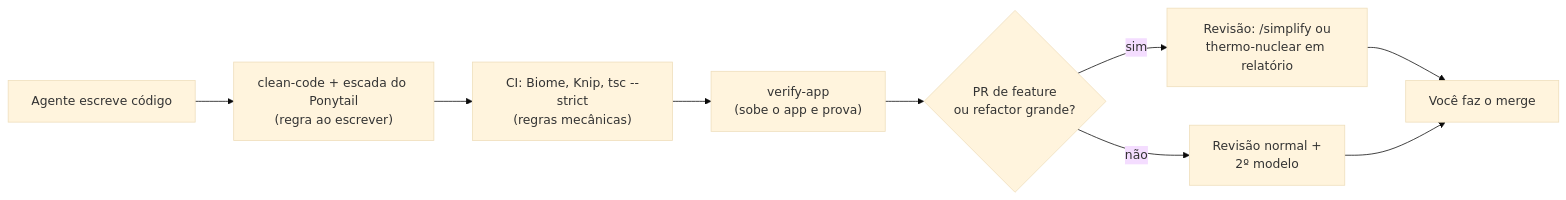
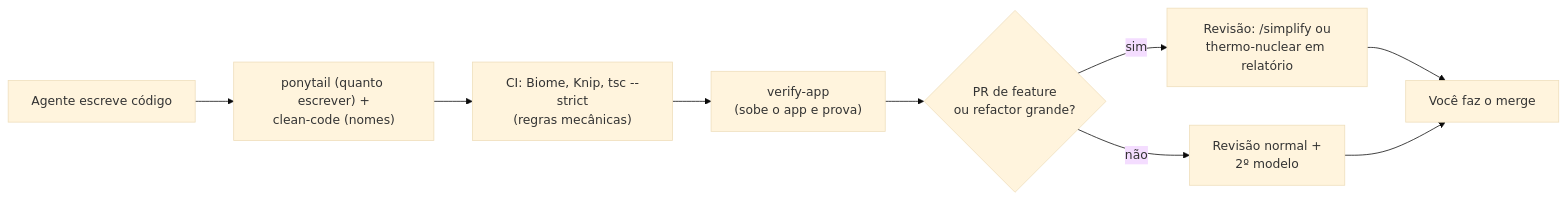
Before and after one commit to itsmurilodev/tool-vault: the first of 2 diagrams in radar/verificacao-e-qualidade/categoria-verificacao-e-qualidade.md, drawn with Mermaid (base theme). The commit also changed other lines of this file and 135 other files, not shown here.

First line of the commit message:
adiciona ponytail e 48 skills do pstack, foca clean-code em nomenclatura

````diff
--- a/radar/verificacao-e-qualidade/categoria-verificacao-e-qualidade.md
+++ b/radar/verificacao-e-qualidade/categoria-verificacao-e-qualidade.md
@@ -26,11 +26,11 @@
 ```mermaid
 flowchart LR
-    A["Agente escreve código"] --> B["clean-code + escada do Ponytail<br/>(regra ao escrever)"]
+    A["Agente escreve código"] --> B["ponytail (quanto escrever) +<br/>clean-code (nomes)"]
     B --> C["CI: Biome, Knip, tsc --strict<br/>(regras mecânicas)"]
     C --> D["verify-app<br/>(sobe o app e prova)"]
     D --> E{"PR de feature<br/>ou refactor grande?"}
     E -- "sim" --> F["Revisão: /simplify ou<br/>thermo-nuclear em relatório"]
     E -- "não" --> G["Revisão normal +<br/>2º modelo"]
     F --> H["Você faz o merge"]
     G --> H
 ```
````
